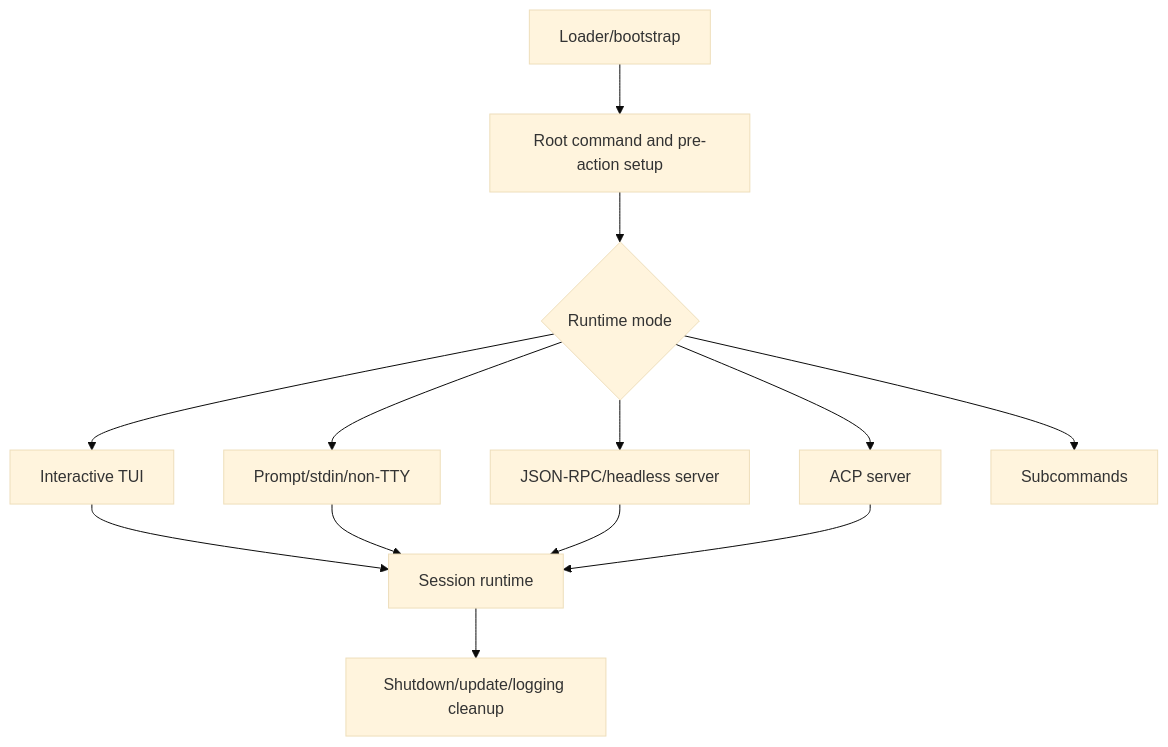
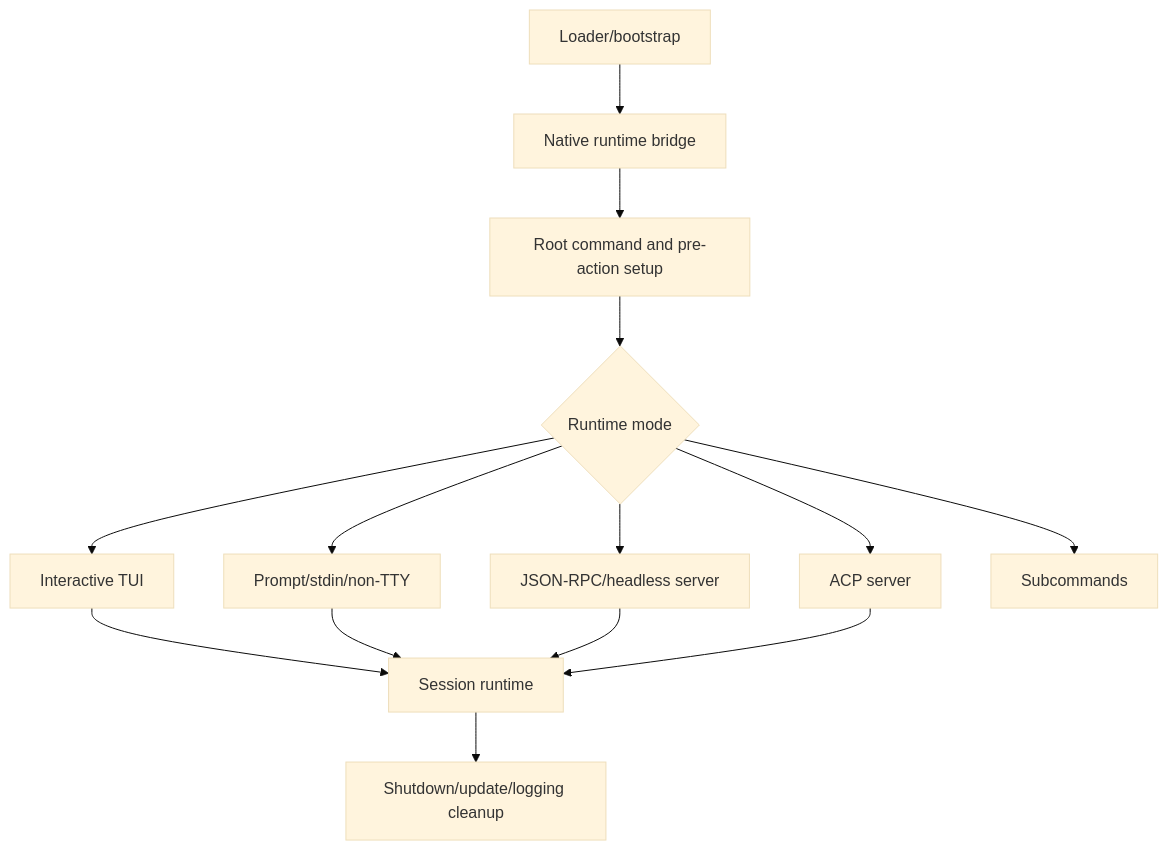
Before and after one commit to vibewatch/copilot-cli-internals: the diagram in docs/01-runtime-lifecycle/README.md, drawn with Mermaid (base theme). The commit also changed other lines of this file and 33 other files, not shown here.

````diff
--- a/docs/01-runtime-lifecycle/README.md
+++ b/docs/01-runtime-lifecycle/README.md
@@ -18,21 +18,23 @@
 ```mermaid
 flowchart TD
-    Loader[Loader/bootstrap] --> Root[Root command and pre-action setup]
+    Loader[Loader/bootstrap] --> Native[Native runtime bridge]
+    Native --> Root[Root command and pre-action setup]
     Root --> Dispatch{Runtime mode}
     Dispatch --> TUI[Interactive TUI]
     Dispatch --> Prompt[Prompt/stdin/non-TTY]
     Dispatch --> Server[JSON-RPC/headless server]
     Dispatch --> ACP[ACP server]
     Dispatch --> Commands[Subcommands]
     TUI --> Sessions[Session runtime]
     Prompt --> Sessions
     Server --> Sessions
     ACP --> Sessions
     Sessions --> Shutdown[Shutdown/update/logging cleanup]
 
     click Loader "./loader-bootstrap/" "Open loader and bootstrap"
+    click Native "./out-of-process-native-runtime/" "Open native runtime bridge"
     click Root "./mode-dispatch-and-runtime-startup/" "Open Mode dispatch and runtime startup"
     click TUI "./tui-and-slash-commands/" "Open TUI and slash commands"
     click Server "./embedded-server-acp-protocol/" "Open embedded server and ACP"
     click Shutdown "../05-hosted-agent-ops/telemetry-update-and-shutdown/" "Open observability and shutdown"
 ```
````
